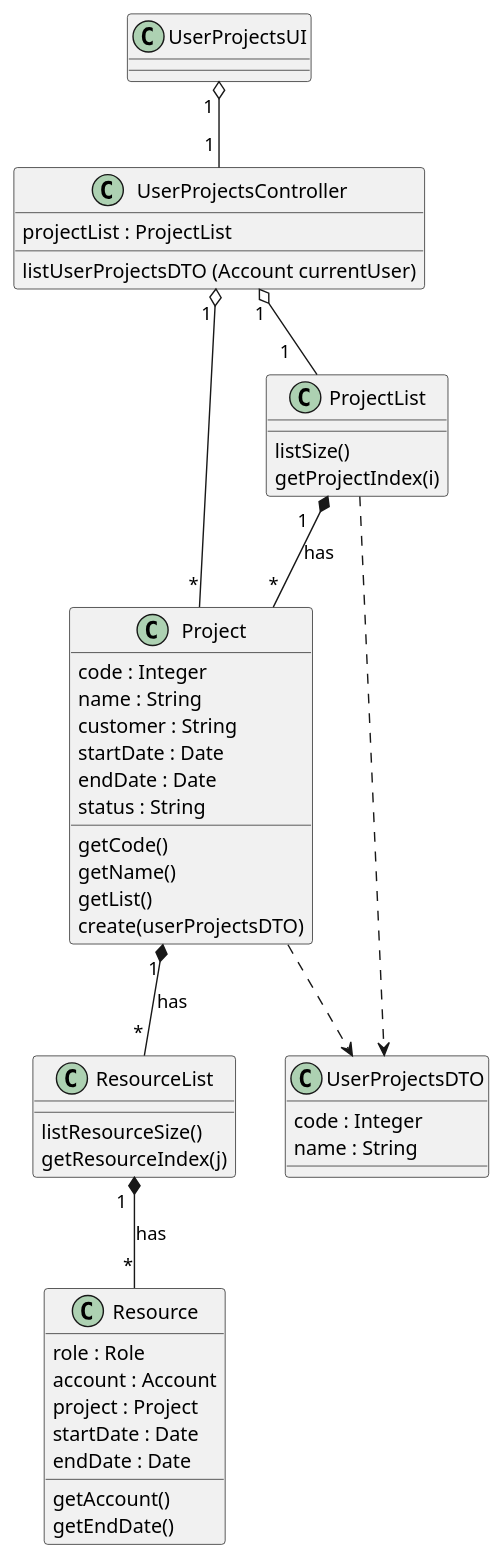
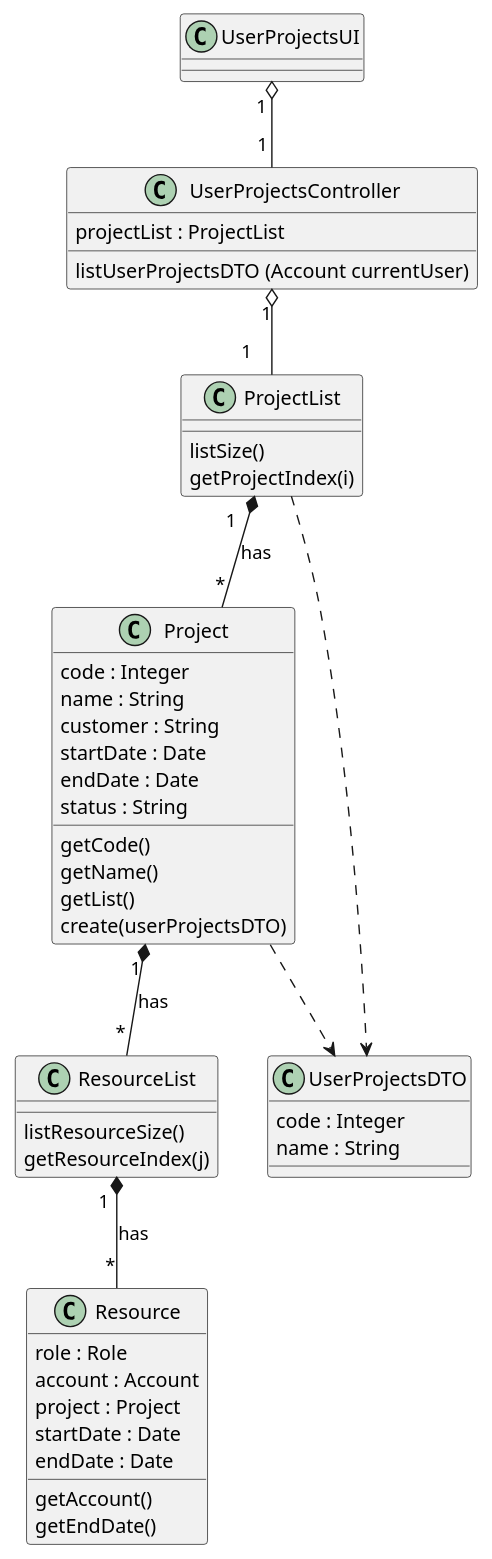
Before and after one commit to ivo-menezes/project_g3: the diagram in docs/modelling_design/user_stories/us016/US016_ListOfUserProjectsCD.puml, drawn with PlantUML. The commit also changed 2 other files, not shown here.

Commit message:
US016 : Design and Analysis: Updated US016_ListOfUserProjectsSD, US016_ListOfUserProjectsCD and US016_ListOfUserProjectsDMD.puml

```diff
--- a/docs/modelling_design/user_stories/us016/US016_ListOfUserProjectsCD.puml
+++ b/docs/modelling_design/user_stories/us016/US016_ListOfUserProjectsCD.puml
@@ -1,59 +1,58 @@
 @startuml
 
 class UserProjectsUI {
 }
 
 class UserProjectsController {
 projectList : ProjectList
 listUserProjectsDTO (Account currentUser)
 }
 
 class Project {
 code : Integer
 name : String
 customer : String
 startDate : Date
 endDate : Date
 status : String
 getCode()
 getName()
 getList()
 create(userProjectsDTO)
 }
 
 class ProjectList {
 listSize()
 getProjectIndex(i)
 }
 
 class UserProjectsDTO{
 code : Integer
 name : String
 }
 
 class ResourceList {
 listResourceSize()
 getResourceIndex(j)
 }
 
 class Resource {
 role : Role
 account : Account
 project : Project
 startDate : Date
 endDate : Date
 getAccount()
 getEndDate()
 }
 
 ProjectList "                                          1" *-- "*" Project : has
 UserProjectsUI "       1" o-- "           1" UserProjectsController
 UserProjectsController "1" o-- "                                                 1" ProjectList
 ProjectList ..> UserProjectsDTO
 Project ..> UserProjectsDTO
-UserProjectsController "           1" o-- "               *" Project
 Project "                     1" *-- "     *" ResourceList : has
 ResourceList "                     1" *-- "     *" Resource : has
 
 
 @enduml
```
